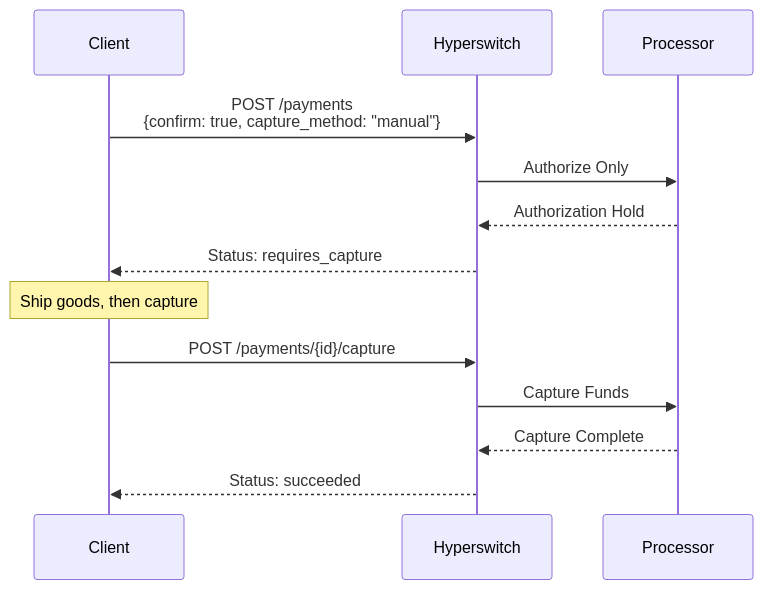
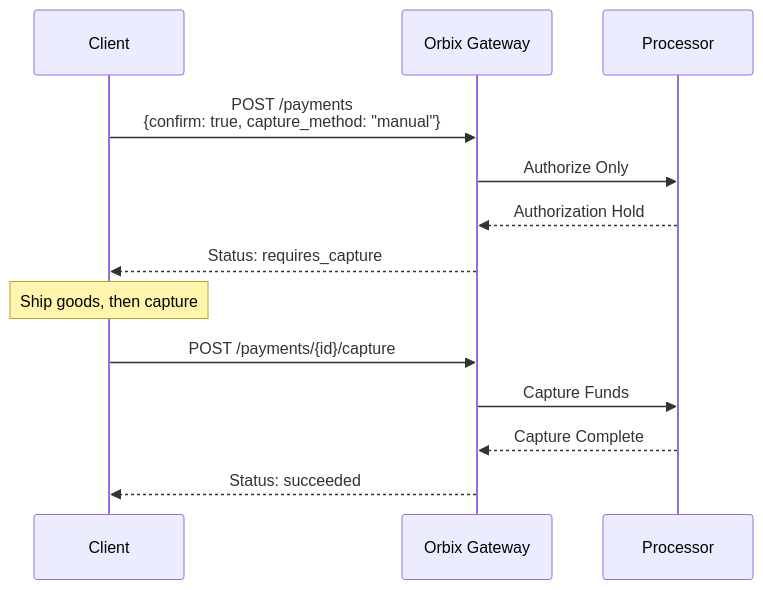
Before and after one commit to NoxlyDev/orbix-gateway: the third of 10 diagrams in api-reference/v1/payments/payment--flows.mdx, drawn with Mermaid. The commit also changed other lines of this file and 2073 other files, not shown here.

Commit message:
rename: hyperswitch/juspay -> orbix (content + paths), masking as path dep

````diff
--- a/api-reference/v1/payments/payment--flows.mdx
+++ b/api-reference/v1/payments/payment--flows.mdx
@@ -58,18 +58,18 @@
 ```mermaid
 sequenceDiagram
     participant Client
-    participant Hyperswitch
+    participant Orbix Gateway
     participant Processor
     
-    Client->>Hyperswitch: POST /payments<br/>{confirm: true, capture_method: "manual"}
-    Hyperswitch->>Processor: Authorize Only
-    Processor-->>Hyperswitch: Authorization Hold
-    Hyperswitch-->>Client: Status: requires_capture
+    Client->>Orbix Gateway: POST /payments<br/>{confirm: true, capture_method: "manual"}
+    Orbix Gateway->>Processor: Authorize Only
+    Processor-->>Orbix Gateway: Authorization Hold
+    Orbix Gateway-->>Client: Status: requires_capture
     
     Note over Client: Ship goods, then capture
     
-    Client->>Hyperswitch: POST /payments/{id}/capture
-    Hyperswitch->>Processor: Capture Funds
-    Processor-->>Hyperswitch: Capture Complete
-    Hyperswitch-->>Client: Status: succeeded
+    Client->>Orbix Gateway: POST /payments/{id}/capture
+    Orbix Gateway->>Processor: Capture Funds
+    Processor-->>Orbix Gateway: Capture Complete
+    Orbix Gateway-->>Client: Status: succeeded
 ```
````
